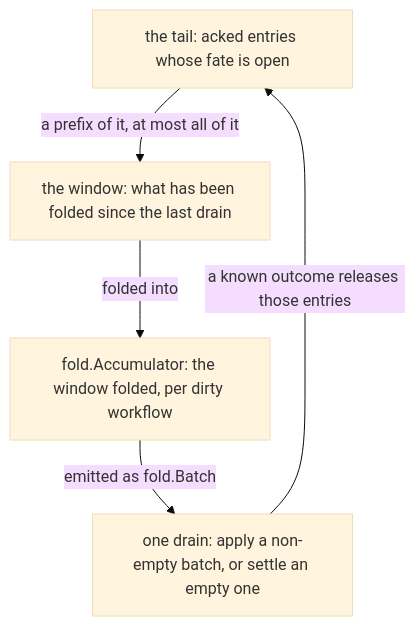
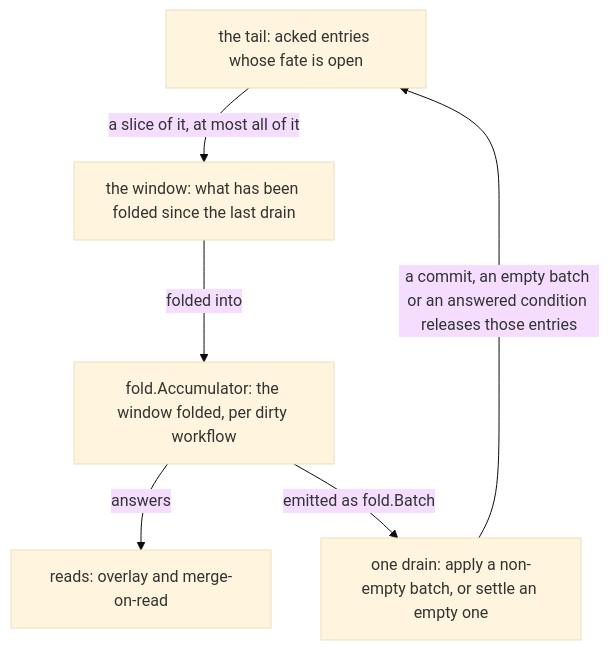
The second of 2 diagrams in docs/handbook/02-concepts-and-invariants.md (aromanovich/waltz), drawn with Mermaid (base theme) before and after one commit. The commit also changed other lines of this file and 187 other files, not shown here.

````diff
--- a/docs/handbook/02-concepts-and-invariants.md
+++ b/docs/handbook/02-concepts-and-invariants.md
@@ -539,11 +97,13 @@
 ```mermaid
 graph TD
   TAIL["the tail: acked entries whose fate is open"]
   WIN["the window: what has been folded since the last drain"]
   ACC["fold.Accumulator: the window folded, per dirty workflow"]
+  RD["reads: overlay and merge-on-read"]
   DR["one drain: apply a non-empty batch, or settle an empty one"]
-  TAIL -->|"a prefix of it, at most all of it"| WIN
+  TAIL -->|"a slice of it, at most all of it"| WIN
   WIN -->|"folded into"| ACC
+  ACC -->|"answers"| RD
   ACC -->|"emitted as fold.Batch"| DR
-  DR -->|"a known outcome releases those entries"| TAIL
+  DR -->|"a commit, an empty batch or an answered condition releases those entries"| TAIL
 ```
````
